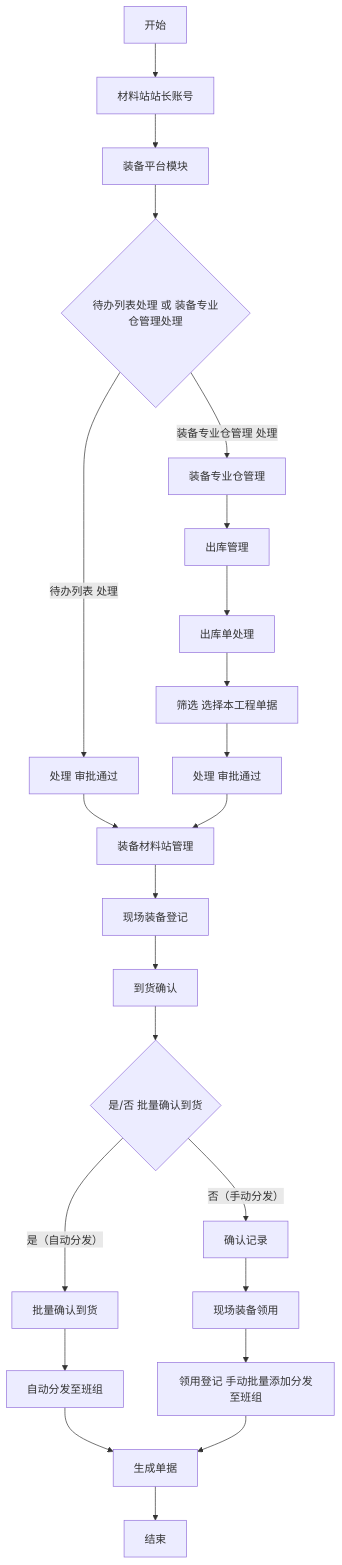
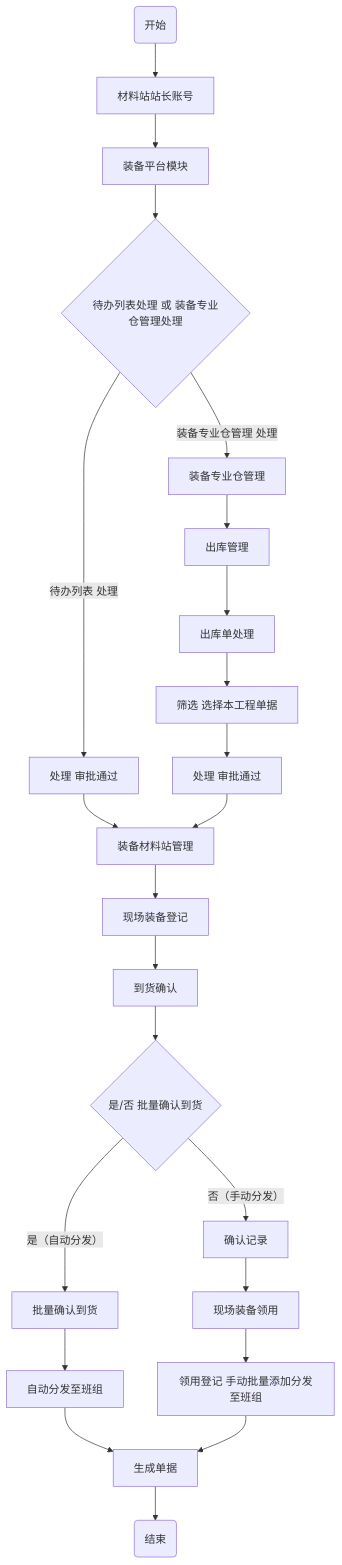
One commit to glaze-blue/zett-single-project changed the fourth of 8 diagrams in asset/单项工程现场装备全流程管理流程图.md. Above: the diagram before and after it, drawn with Mermaid. The commit also changed other lines of this file, not shown here.

````diff
--- a/asset/单项工程现场装备全流程管理流程图.md
+++ b/asset/单项工程现场装备全流程管理流程图.md
@@ -100,18 +101,18 @@
 ```mermaid
 graph TD
-    00[开始] --> A[材料站站长账号]
+    00(开始)--> A[材料站站长账号]
     A --> B[装备平台模块]
     B --> D{待办列表处理 或 装备专业仓管理处理}
     D --> |待办列表 处理|D1[处理 审批通过] --> E1[装备材料站管理]
     D --> |装备专业仓管理 处理|D6[装备专业仓管理] --> D2[出库管理] --> D3[出库单处理] --> D4[筛选 选择本工程单据] --> D5[处理 审批通过]
     D5 --> E1[装备材料站管理] --> E2[现场装备登记] --> E3[到货确认]
     E3 --> F{是/否 批量确认到货}
     F --> |是（自动分发）|G[批量确认到货]
     F --> |否（手动分发）|H[确认记录]
     G --> I[自动分发至班组]
     I --> K[生成单据]
     H --> J[现场装备领用]
     J --> L[领用登记 手动批量添加分发至班组]
     L --> K[生成单据]
-    K --> M[结束]
+    K --> M(结束)
 ```
````
